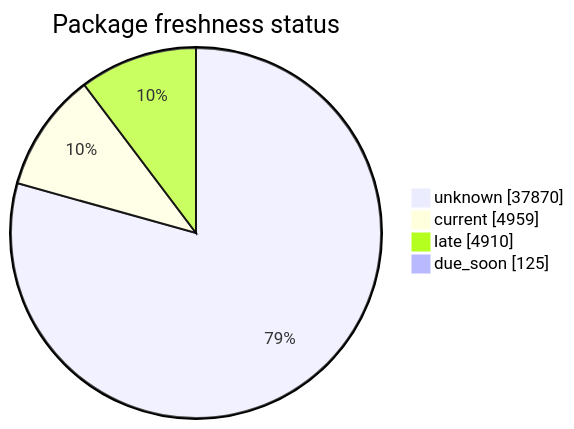
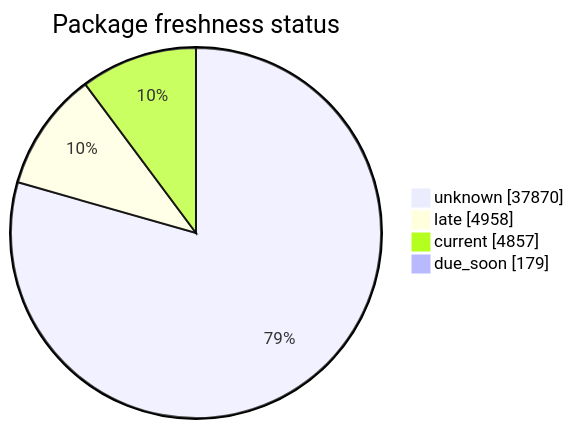
The second of 5 diagrams in FreshCheck/README.md (open-data/analytics-corporate-reporting), drawn with Mermaid before and after one commit. The commit also changed other lines of this file and 3 other files, not shown here.

````diff
--- a/FreshCheck/README.md
+++ b/FreshCheck/README.md
@@ -68,7 +68,7 @@
 ```mermaid
 pie showData title Package freshness status
     "unknown": 37870
-    "current": 4959
-    "late": 4910
-    "due_soon": 125
+    "late": 4958
+    "current": 4857
+    "due_soon": 179
 ```
````
